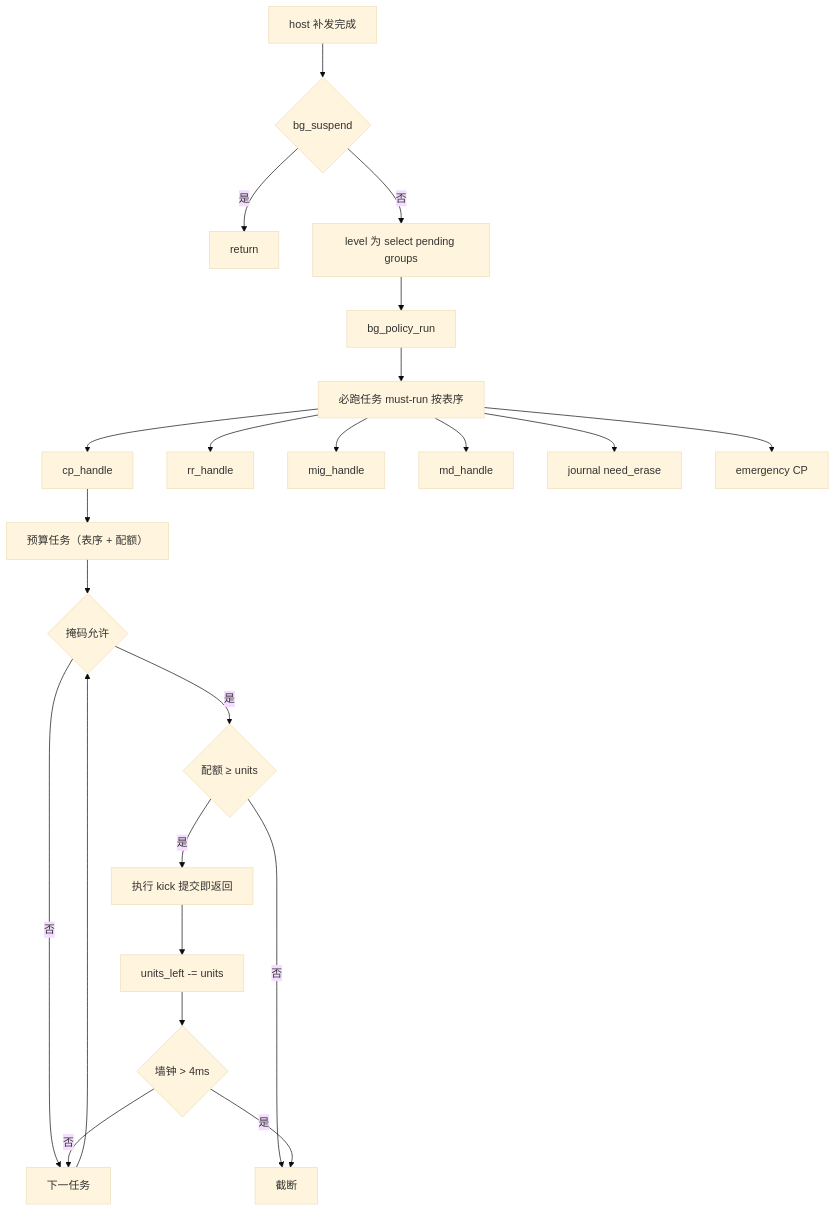
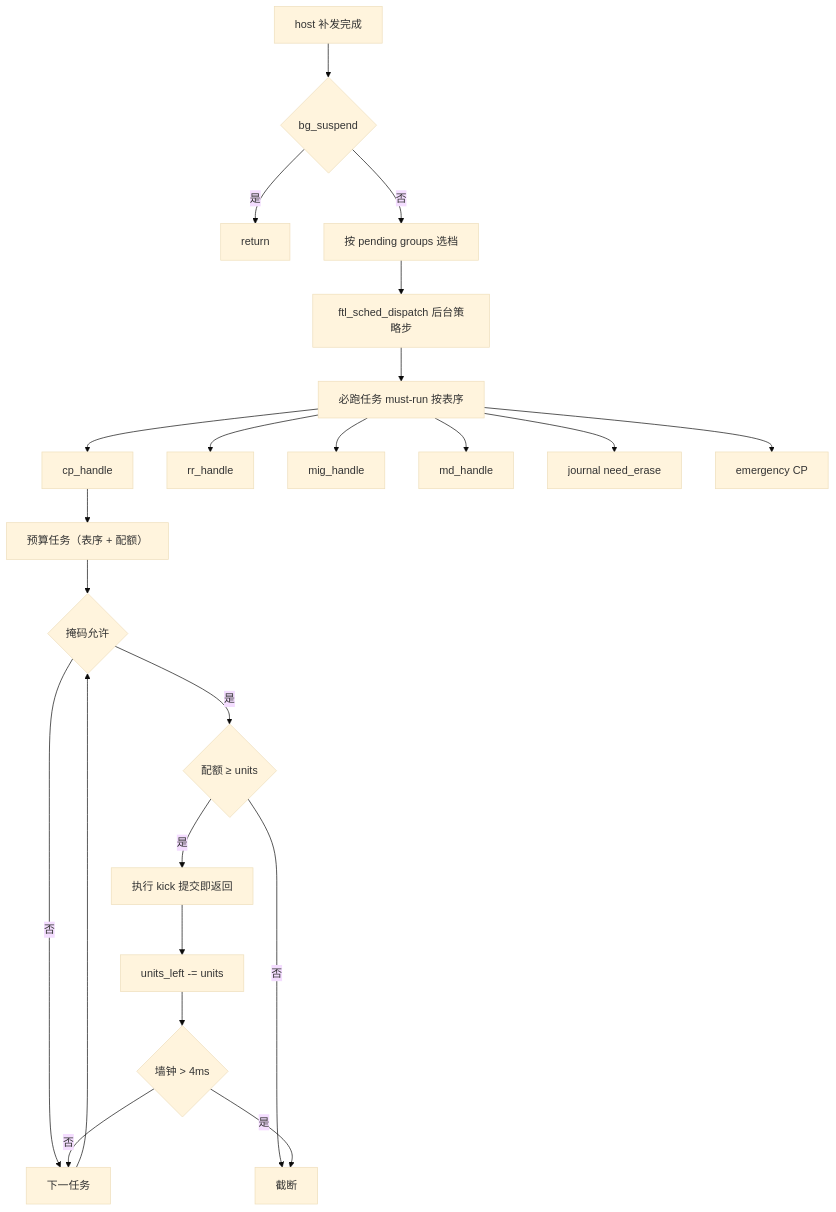
Before and after one commit to YzYMIAO/BASESSD: diagram 49 of 50 in docs/design/ftl_design.md, drawn with Mermaid (base theme). The commit also changed other lines of this file and 42 other files, not shown here.

````diff
--- a/docs/design/ftl_design.md
+++ b/docs/design/ftl_design.md
@@ -4802,25 +5152,25 @@
 ```mermaid
 flowchart TD
  A["host 补发完成"] --> B{"bg_suspend"}
  B -- "是" --> Z["return"]
- B -- "否" --> C["level 为 select pending groups"]
- C --> D["bg_policy_run"]
+ B -- "否" --> C["按 pending groups 选档"]
+ C --> D["ftl_sched_dispatch 后台策略步"]
  D --> E["必跑任务 must-run 按表序"]
  E --> E1["cp_handle"]
  E --> E2["rr_handle"]
  E --> E3["mig_handle"]
  E --> E4["md_handle"]
  E --> E5["journal need_erase"]
  E --> E6["emergency CP"]
  E1 --> F["预算任务（表序 + 配额）"]
  F --> F1{"掩码允许"}
  F1 -- "否" --> G["下一任务"]
  F1 -- "是" --> F2{"配额 ≥ units"}
  F2 -- "否" --> H["截断"]
  F2 -- "是" --> F3["执行 kick 提交即返回"]
  F3 --> F4["units_left -= units"]
  F4 --> F5{"墙钟 > 4ms"}
  F5 -- "是" --> H
  F5 -- "否" --> G
  G --> F1
 ```
````
